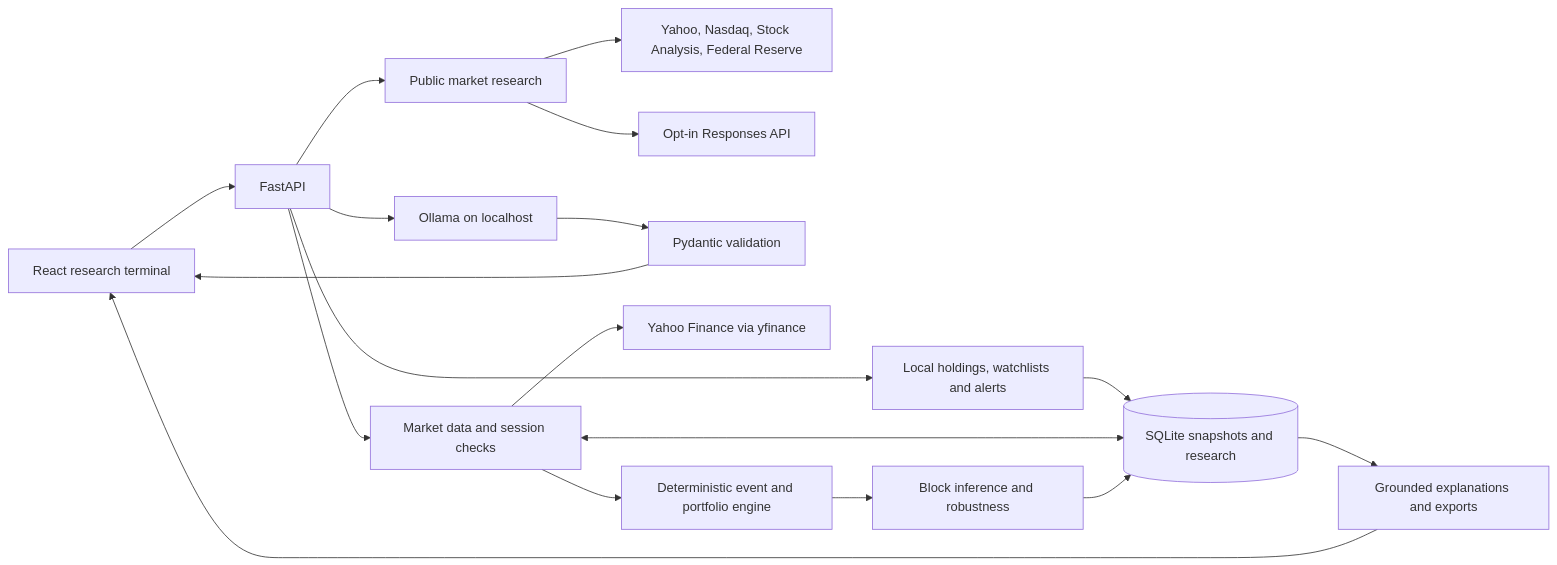
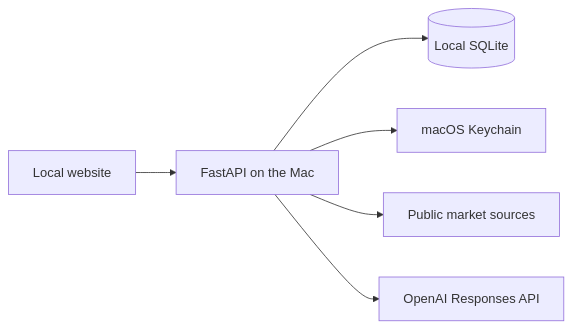
The diagram in docs/ARCHITECTURE.md (FunctionalTools/stockreplay), drawn with Mermaid before and after one commit. The commit also changed other lines of this file and 65 other files, not shown here.

Commit message:
Verify OpenAI generation and simplify the macOS research workspace

````diff
--- a/docs/ARCHITECTURE.md
+++ b/docs/ARCHITECTURE.md
@@ -5,20 +5,8 @@
 ```mermaid
 flowchart LR
-    UI[React research terminal] --> API[FastAPI]
-    API --> Desk[Public market research]
-    Desk --> Sources[Yahoo, Nasdaq, Stock Analysis, Federal Reserve]
-    Desk --> OpenAI[Opt-in Responses API]
-    API --> Local[Local holdings, watchlists and alerts]
-    Local --> DB
-    API --> AI[Ollama on localhost]
-    AI --> Schema[Pydantic validation]
-    Schema --> UI
-    API --> Market[Market data and session checks]
-    Market --> Yahoo[Yahoo Finance via yfinance]
-    Market <--> DB[(SQLite snapshots and research)]
-    Market --> Engine[Deterministic event and portfolio engine]
-    Engine --> Stats[Block inference and robustness]
-    Stats --> DB
-    DB --> Report[Grounded explanations and exports]
-    Report --> UI
+    UI[Local website] --> API[FastAPI on the Mac]
+    API --> DB[(Local SQLite)]
+    API --> KC[macOS Keychain]
+    API --> P[Public market sources]
+    API --> O[OpenAI Responses API]
 ```
````
